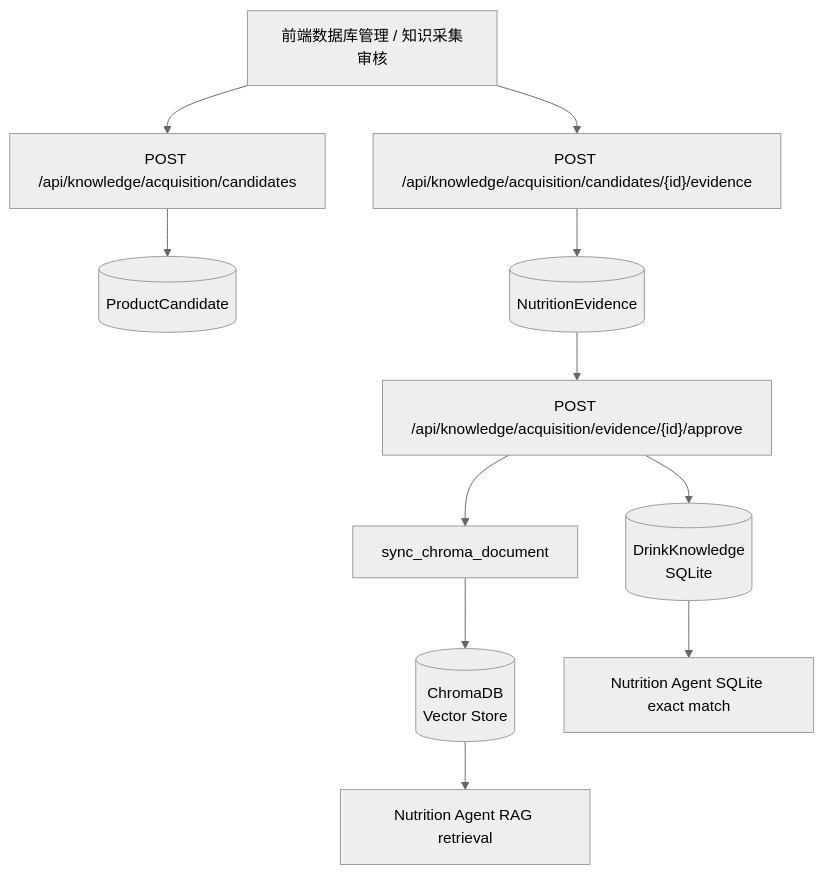
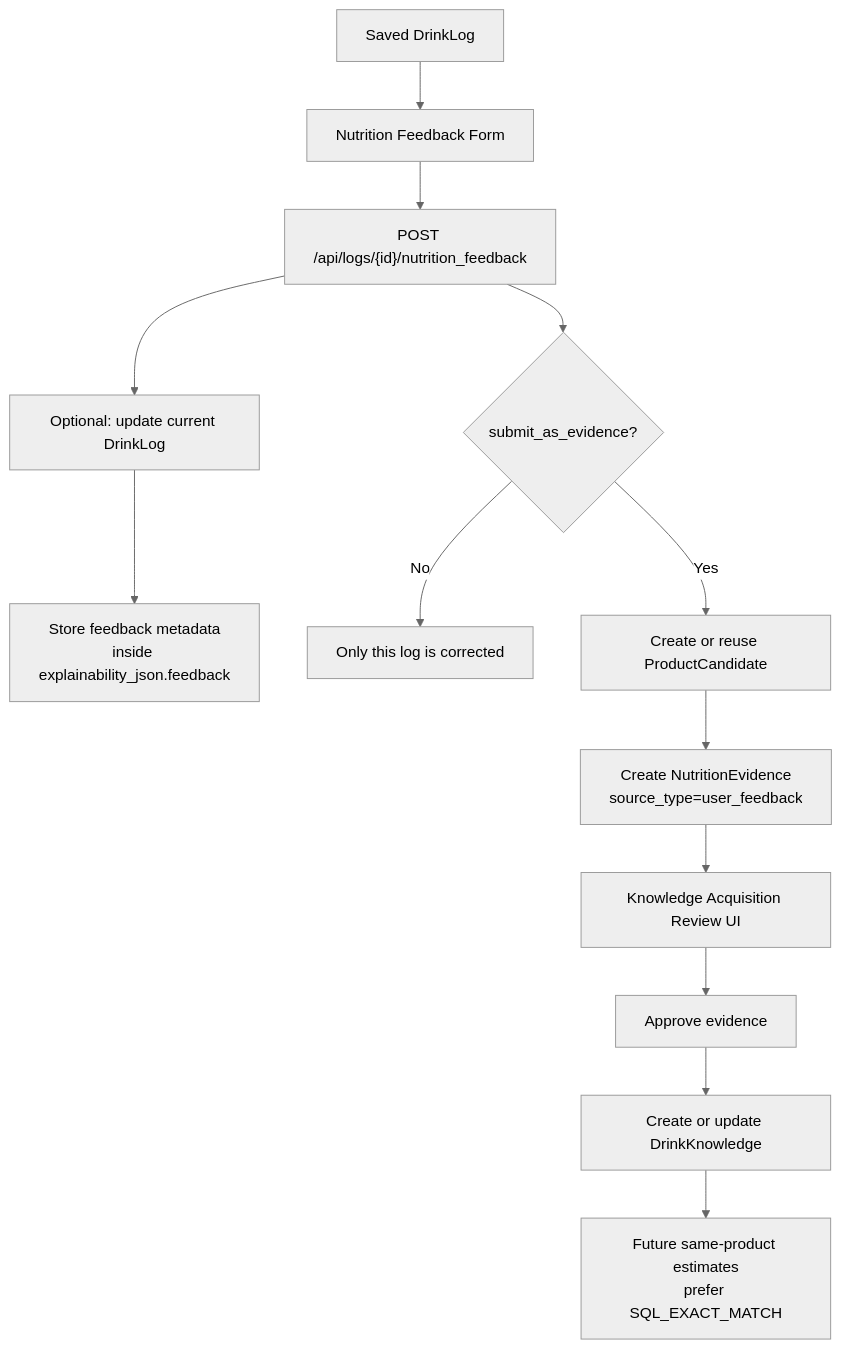
One commit to Jessiegantang/Caffeine-and-Sugar-Tracker----- changed the fourth of 4 diagrams in docs/architecture.md. Above: the diagram before and after it, drawn with Mermaid (neutral theme). The commit also changed other lines of this file and 3 other files, not shown here.

````diff
--- a/docs/architecture.md
+++ b/docs/architecture.md
@@ -168,16 +181,17 @@
 ```mermaid
 flowchart TD
-    Admin["前端数据库管理 / 知识采集审核"] --> CandidateAPI["POST /api/knowledge/acquisition/candidates"]
-    CandidateAPI --> Candidate[("ProductCandidate")]
+    Log["Saved DrinkLog"] --> FeedbackForm["Nutrition Feedback Form"]
+    FeedbackForm --> FeedbackAPI["POST /api/logs/{id}/nutrition_feedback"]
 
-    Admin --> EvidenceAPI["POST /api/knowledge/acquisition/candidates/{id}/evidence"]
-    EvidenceAPI --> Evidence[("NutritionEvidence")]
+    FeedbackAPI --> UpdateLog["Optional: update current DrinkLog"]
+    UpdateLog --> Explainability["Store feedback metadata<br/>inside explainability_json.feedback"]
 
-    Evidence --> Approve["POST /api/knowledge/acquisition/evidence/{id}/approve"]
-    Approve --> Knowledge[("DrinkKnowledge<br/>SQLite")]
-    Approve --> Sync["sync_chroma_document"]
-    Sync --> Chroma[("ChromaDB<br/>Vector Store")]
-
-    Chroma --> RAGUse["Nutrition Agent RAG retrieval"]
-    Knowledge --> ExactUse["Nutrition Agent SQLite exact match"]
+    FeedbackAPI --> SubmitEvidence{"submit_as_evidence?"}
+    SubmitEvidence -->|No| Done["Only this log is corrected"]
+    SubmitEvidence -->|Yes| Candidate["Create or reuse ProductCandidate"]
+    Candidate --> Evidence["Create NutritionEvidence<br/>source_type=user_feedback"]
+    Evidence --> ReviewUI["Knowledge Acquisition Review UI"]
+    ReviewUI --> Approve["Approve evidence"]
+    Approve --> Knowledge["Create or update DrinkKnowledge"]
+    Knowledge --> Future["Future same-product estimates<br/>prefer SQL_EXACT_MATCH"]
 ```
````
